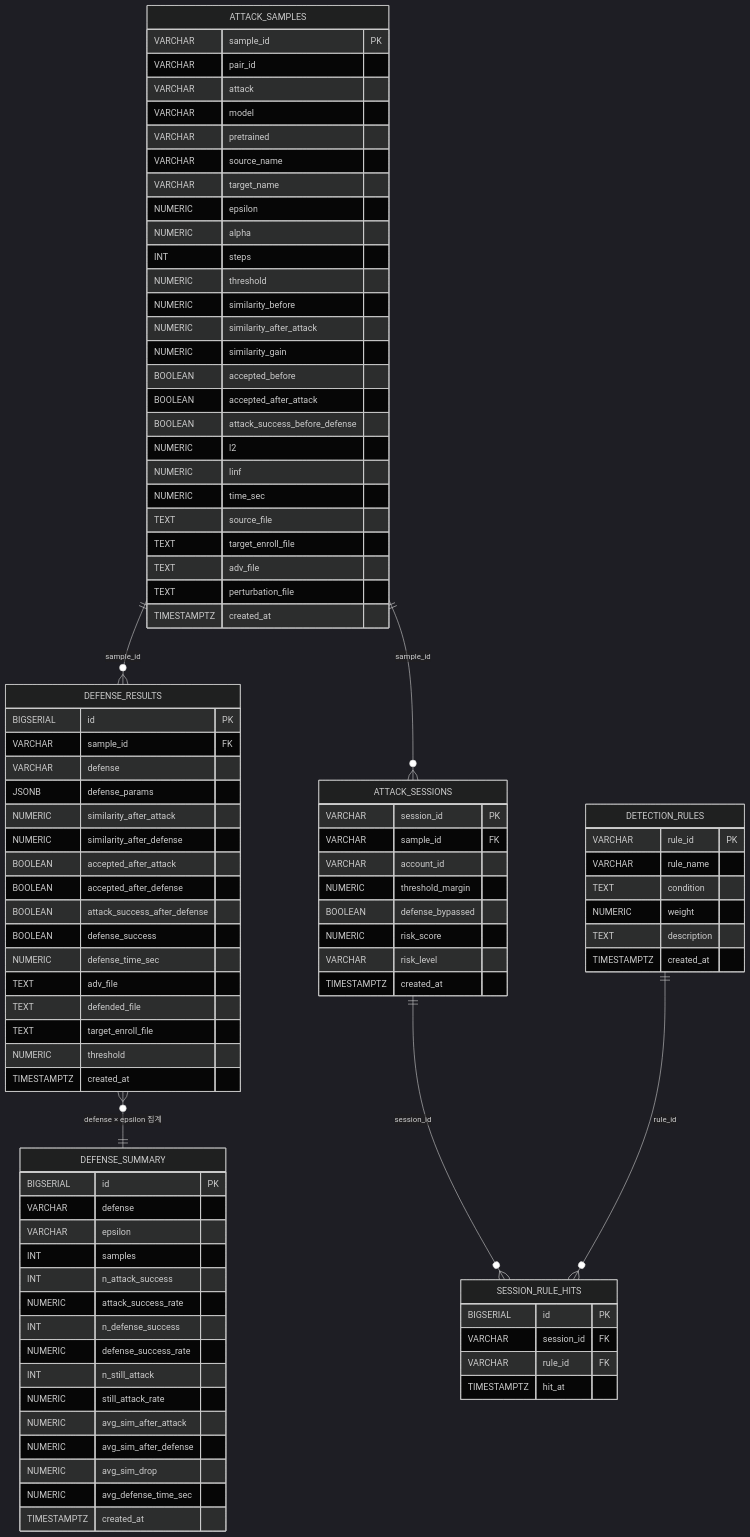
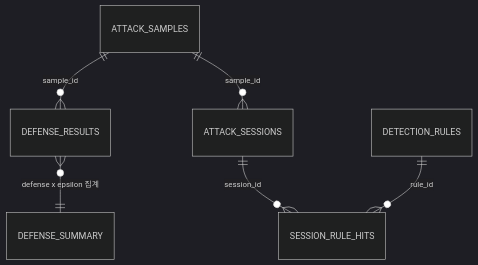
The diagram in DB_SCHEMA.md (Yaho03/26_HC160), drawn with Mermaid (dark theme) before and after one commit.

Commit message:
Fix ERD to show relations only, move columns to table definitions

````diff
--- a/DB_SCHEMA.md
+++ b/DB_SCHEMA.md
@@ -29,97 +29,5 @@
     ATTACK_SAMPLES ||--o{ ATTACK_SESSIONS : "sample_id"
     ATTACK_SESSIONS ||--o{ SESSION_RULE_HITS : "session_id"
     DETECTION_RULES ||--o{ SESSION_RULE_HITS : "rule_id"
-    DEFENSE_RESULTS }o--|| DEFENSE_SUMMARY : "defense × epsilon 집계"
-
-    ATTACK_SAMPLES {
-        VARCHAR sample_id PK
-        VARCHAR pair_id
-        VARCHAR attack
-        VARCHAR model
-        VARCHAR pretrained
-        VARCHAR source_name
-        VARCHAR target_name
-        NUMERIC epsilon
-        NUMERIC alpha
-        INT steps
-        NUMERIC threshold
-        NUMERIC similarity_before
-        NUMERIC similarity_after_attack
-        NUMERIC similarity_gain
-        BOOLEAN accepted_before
-        BOOLEAN accepted_after_attack
-        BOOLEAN attack_success_before_defense
-        NUMERIC l2
-        NUMERIC linf
-        NUMERIC time_sec
-        TEXT source_file
-        TEXT target_enroll_file
-        TEXT adv_file
-        TEXT perturbation_file
-        TIMESTAMPTZ created_at
-    }
-
-    DEFENSE_RESULTS {
-        BIGSERIAL id PK
-        VARCHAR sample_id FK
-        VARCHAR defense
-        JSONB defense_params
-        NUMERIC similarity_after_attack
-        NUMERIC similarity_after_defense
-        BOOLEAN accepted_after_attack
-        BOOLEAN accepted_after_defense
-        BOOLEAN attack_success_after_defense
-        BOOLEAN defense_success
-        NUMERIC defense_time_sec
-        TEXT adv_file
-        TEXT defended_file
-        TEXT target_enroll_file
-        NUMERIC threshold
-        TIMESTAMPTZ created_at
-    }
-
-    ATTACK_SESSIONS {
-        VARCHAR session_id PK
-        VARCHAR sample_id FK
-        VARCHAR account_id
-        NUMERIC threshold_margin
-        BOOLEAN defense_bypassed
-        NUMERIC risk_score
-        VARCHAR risk_level
-        TIMESTAMPTZ created_at
-    }
-
-    DETECTION_RULES {
-        VARCHAR rule_id PK
-        VARCHAR rule_name
-        TEXT condition
-        NUMERIC weight
-        TEXT description
-        TIMESTAMPTZ created_at
-    }
-
-    SESSION_RULE_HITS {
-        BIGSERIAL id PK
-        VARCHAR session_id FK
-        VARCHAR rule_id FK
-        TIMESTAMPTZ hit_at
-    }
-
-    DEFENSE_SUMMARY {
-        BIGSERIAL id PK
-        VARCHAR defense
-        VARCHAR epsilon
-        INT samples
-        INT n_attack_success
-        NUMERIC attack_success_rate
-        INT n_defense_success
-        NUMERIC defense_success_rate
-        INT n_still_attack
-        NUMERIC still_attack_rate
-        NUMERIC avg_sim_after_attack
-        NUMERIC avg_sim_after_defense
-        NUMERIC avg_sim_drop
-        NUMERIC avg_defense_time_sec
-        TIMESTAMPTZ created_at
-    }
+    DEFENSE_RESULTS }o--|| DEFENSE_SUMMARY : "defense x epsilon 집계"
 ```
````
